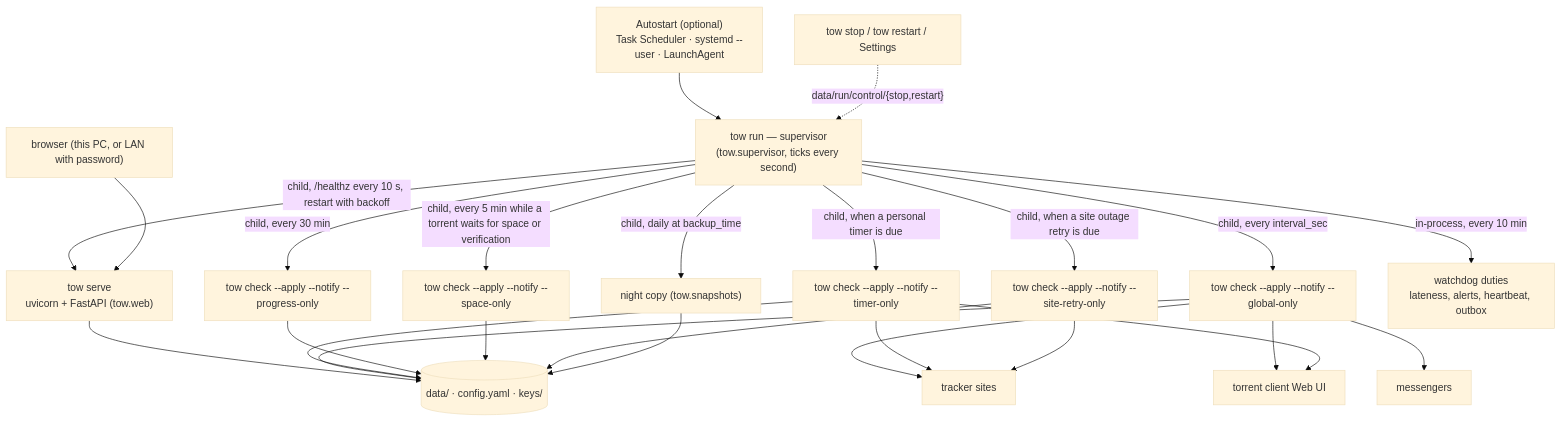
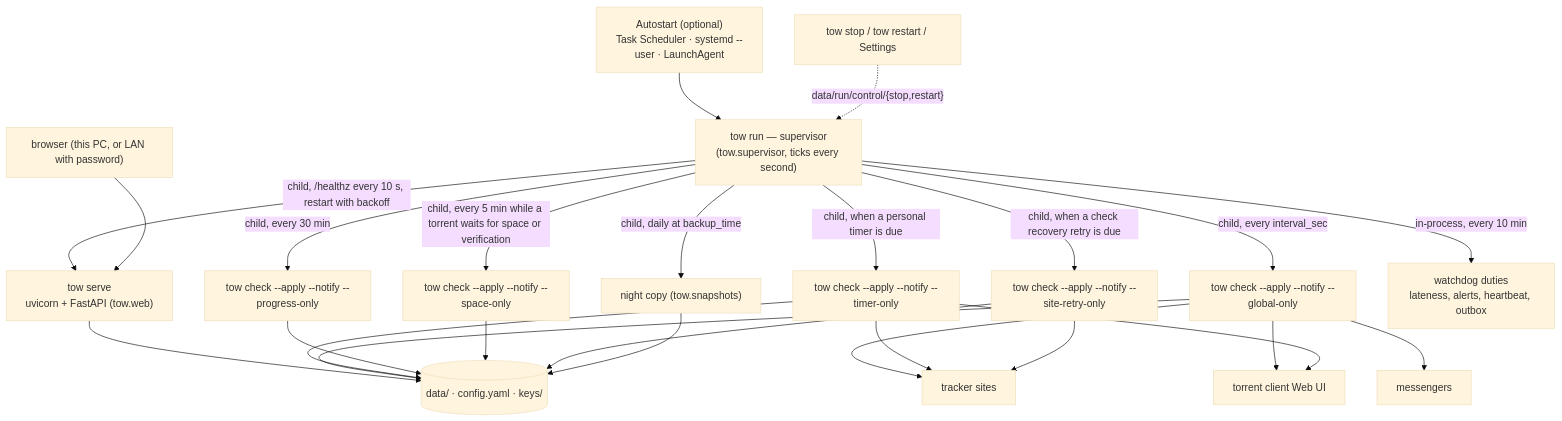
One commit to d0j/tow changed the diagram in docs/architecture.md. Above: the diagram before and after it, drawn with Mermaid (base theme). The commit also changed other lines of this file and 29 other files, not shown here.

````diff
--- a/docs/architecture.md
+++ b/docs/architecture.md
@@ -9,28 +9,28 @@
 ```mermaid
 flowchart TD
     OS["Autostart (optional)<br/>Task Scheduler · systemd --user · LaunchAgent"] --> RUN
     CLI["tow stop / tow restart / Settings"] -. "data/run/control/{stop,restart}" .-> RUN
     RUN["tow run — supervisor<br/>(tow.supervisor, ticks every second)"]
     RUN -->|child, /healthz every 10 s, restart with backoff| SERVE["tow serve<br/>uvicorn + FastAPI (tow.web)"]
     RUN -->|child, every interval_sec| CHECK["tow check --apply --notify --global-only"]
     RUN -->|child, when a personal timer is due| TIMER["tow check --apply --notify --timer-only"]
     RUN -->|child, every 30 min| PROG["tow check --apply --notify --progress-only"]
     RUN -->|child, every 5 min while a torrent waits for space or verification| SPACE["tow check --apply --notify --space-only"]
-    RUN -->|child, when a site outage retry is due| RETRY["tow check --apply --notify --site-retry-only"]
+    RUN -->|child, when a check recovery retry is due| RETRY["tow check --apply --notify --site-retry-only"]
     RUN -->|child, daily at backup_time| NIGHT["night copy (tow.snapshots)"]
     RUN -->|in-process, every 10 min| WD["watchdog duties<br/>lateness, alerts, heartbeat, outbox"]
     SERVE --> DATA[("data/ · config.yaml · keys/")]
     CHECK --> DATA
     TIMER --> DATA
     PROG --> DATA
     SPACE --> DATA
     RETRY --> DATA
     NIGHT --> DATA
     CHECK --> TRK["tracker sites"]
     TIMER --> TRK
     RETRY --> TRK
     CHECK --> CL["torrent client Web UI"]
     TIMER --> CL
     CHECK --> MSG["messengers"]
     BROWSER["browser (this PC, or LAN with password)"] --> SERVE
 ```
````
